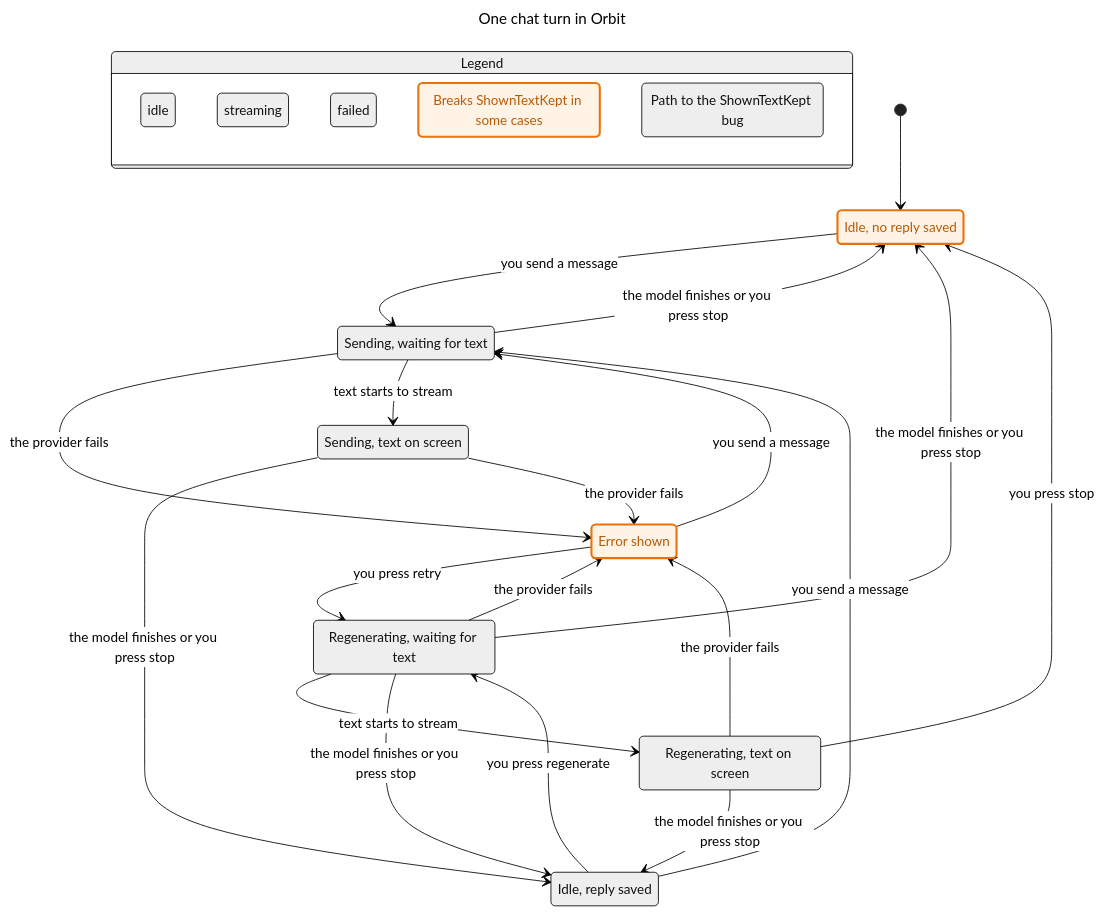
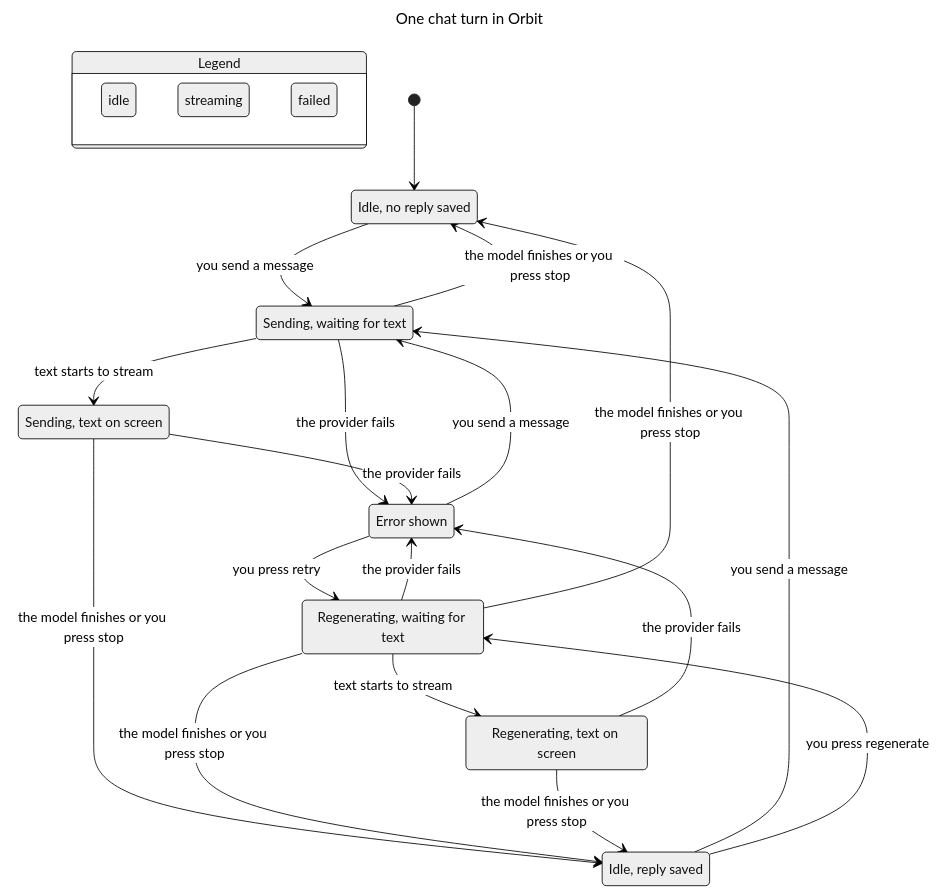
The diagram in ARCHITECTURE.md (aduthekaddu/orbit), drawn with Mermaid (neutral theme) before and after one commit. The commit also changed other lines of this file and 1 other file, not shown here.

Commit message:
docs: mark ShownTextKept as holding in the turn model
The stop step in ChatTurn.tla now saves shown text when no older reply
exists, as shouldSaveReply does. The regenerate rule covers only a
regenerate with an older reply, because the old formula contradicted
ShownTextKept on a stopped retry. TLC checks all rules and the chart
is regenerated.

````diff
--- a/ARCHITECTURE.md
+++ b/ARCHITECTURE.md
@@ -30,58 +30,45 @@
 ```mermaid
 ---
 title: "One chat turn in Orbit"
 ---
 stateDiagram-v2
   state "Legend" as legend {
     lg0: idle
     lg1: streaming
     lg2: failed
-    lg3: Breaks ShownTextKept in some cases
-    lg4: Path to the ShownTextKept bug
   }
   class lg0 blue
   class lg1 orange
   class lg2 pink
-  class lg3 mayBreak
-  class lg4 bugPath
   s0: Idle, no reply saved
   s1: Sending, waiting for text
   s2: Error shown
   s3: Sending, text on screen
   s4: Regenerating, waiting for text
   s5: Idle, reply saved
   s6: Regenerating, text on screen
   [*] --> s0
   s0 --> s1: you send a message
   s1 --> s0: the model finishes or you press stop
   s1 --> s2: the provider fails
   s1 --> s3: text starts to stream
   s2 --> s1: you send a message
   s2 --> s4: you press retry
   s3 --> s5: the model finishes or you press stop
   s3 --> s2: the provider fails
   s4 --> s2: the provider fails
   s4 --> s0: the model finishes or you press stop
   s4 --> s6: text starts to stream
   s5 --> s1: you send a message
   s5 --> s4: you press regenerate
   s4 --> s5: the model finishes or you press stop
   s6 --> s5: the model finishes or you press stop
   s6 --> s2: the provider fails
-  s6 --> s0: you press stop
-  classDef mayBreak fill:#fff3e6,stroke:#e8730c,stroke-width:2.5px,color:#b85a06
   class s0 blue
-  class s0 mayBreak
-  class s0 bugPath
   class s1 orange
-  class s1 bugPath
   class s2 pink
-  class s2 mayBreak
-  class s2 bugPath
   class s3 orange
   class s4 orange
-  class s4 bugPath
   class s5 blue
   class s6 orange
-  class s6 bugPath
 ```
````
